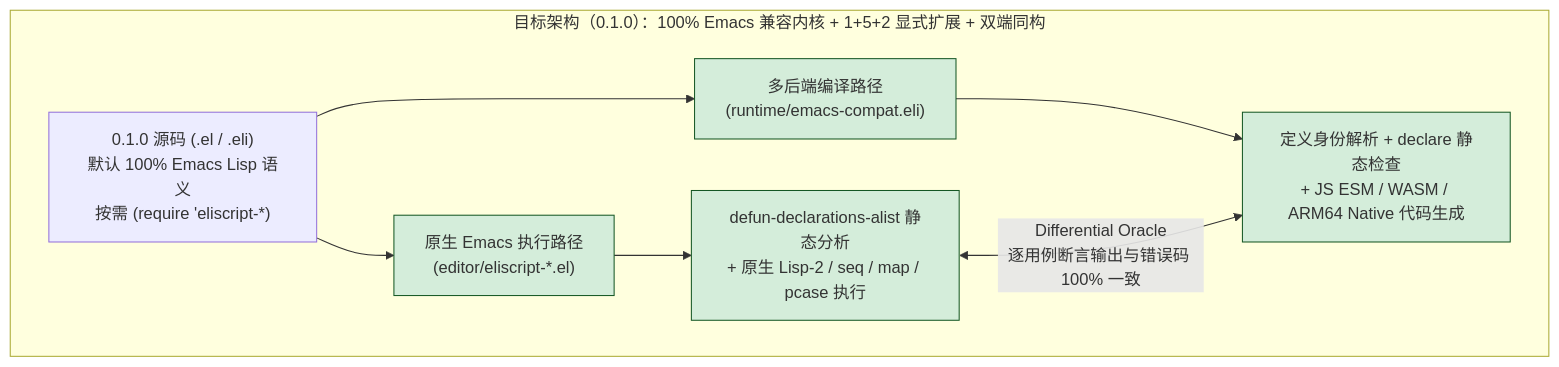
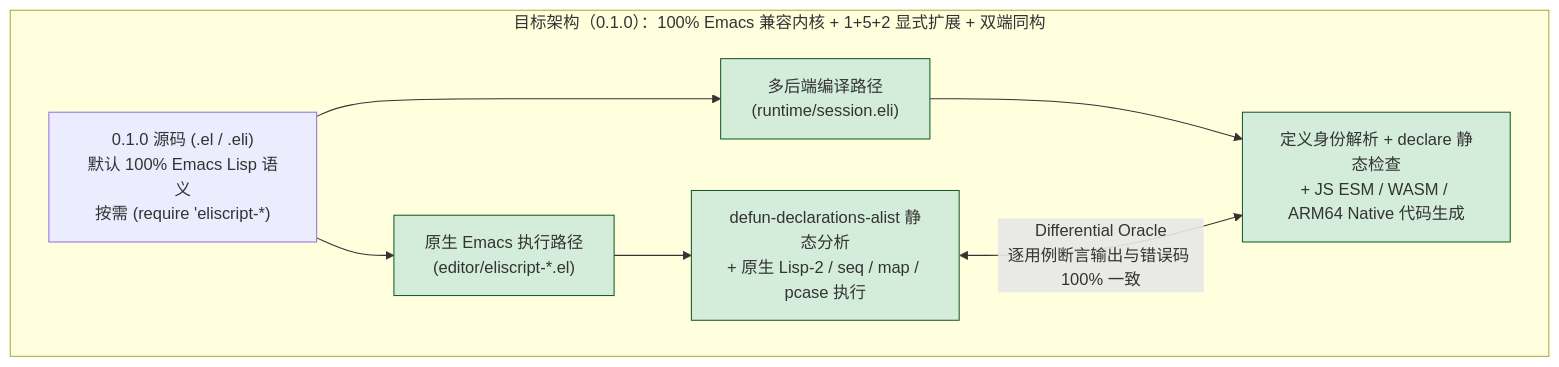
One commit to liuchong/eliscript changed the second of 3 diagrams in docs/bootstrap-0.1.0-plan.md. Above: the diagram before and after it, drawn with Mermaid. The commit also changed other lines of this file and 47 other files, not shown here.

Commit message:
feat(compiler): replace emacs-compat with unified AOT Lisp compiler and runtime session

````diff
--- a/docs/bootstrap-0.1.0-plan.md
+++ b/docs/bootstrap-0.1.0-plan.md
@@ -78,12 +78,12 @@
 ```mermaid
 flowchart TB
   subgraph Target_0_1_0["目标架构（0.1.0）：100% Emacs 兼容内核 + 1+5+2 显式扩展 + 双端同构"]
     S1["0.1.0 源码 (.el / .eli)\n默认 100% Emacs Lisp 语义\n按需 (require 'eliscript-*)"] --> E_Path["原生 Emacs 执行路径\n(editor/eliscript-*.el)"]
-    S1 --> C_Path["多后端编译路径\n(runtime/emacs-compat.eli)"]
+    S1 --> C_Path["多后端编译路径\n(runtime/session.eli)"]
     E_Path --> V1["defun-declarations-alist 静态分析\n+ 原生 Lisp-2 / seq / map / pcase 执行"]
     C_Path --> V2["定义身份解析 + declare 静态检查\n+ JS ESM / WASM / ARM64 Native 代码生成"]
     V1 <-->|"Differential Oracle\n逐用例断言输出与错误码 100% 一致"| V2
   end
   classDef added fill:#d4edda,stroke:#155724
   class E_Path,C_Path,V1,V2 added
 ```
````
